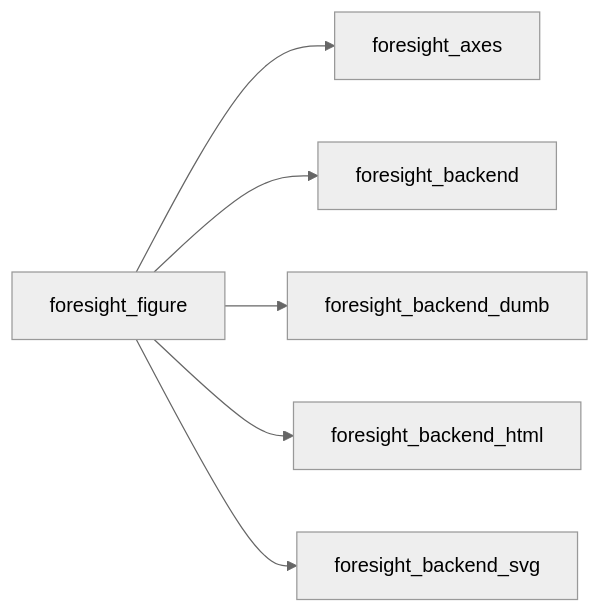
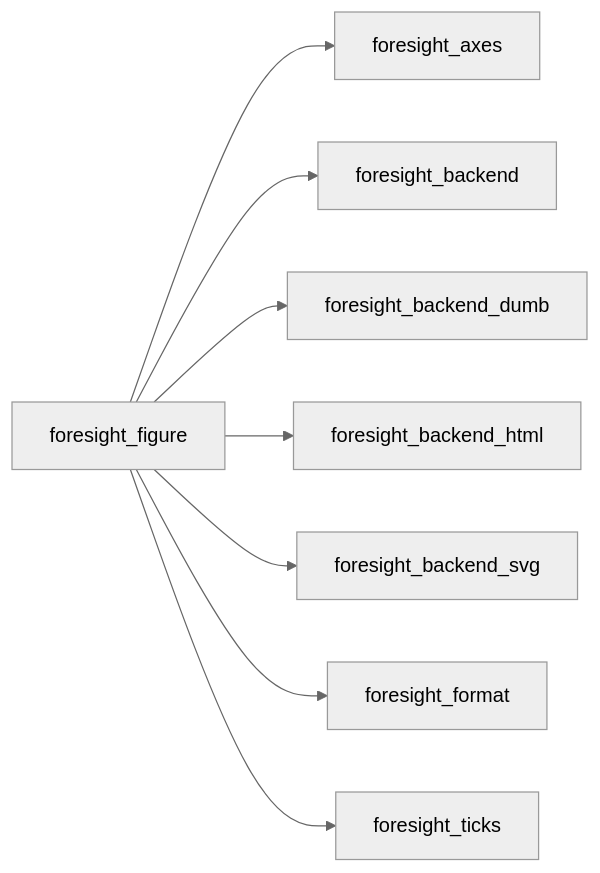
The first of 27 diagrams in docs/api/src/lib/foresight_figure.md (szaghi/foresight), drawn with Mermaid (neutral theme) before and after one commit. The commit also changed other lines of this file and 42 other files, not shown here.

````diff
--- a/docs/api/src/lib/foresight_figure.md
+++ b/docs/api/src/lib/foresight_figure.md
@@ -26,8 +26,10 @@
 ```mermaid
 graph LR
   foresight_figure["foresight_figure"] --> foresight_axes["foresight_axes"]
   foresight_figure["foresight_figure"] --> foresight_backend["foresight_backend"]
   foresight_figure["foresight_figure"] --> foresight_backend_dumb["foresight_backend_dumb"]
   foresight_figure["foresight_figure"] --> foresight_backend_html["foresight_backend_html"]
   foresight_figure["foresight_figure"] --> foresight_backend_svg["foresight_backend_svg"]
+  foresight_figure["foresight_figure"] --> foresight_format["foresight_format"]
+  foresight_figure["foresight_figure"] --> foresight_ticks["foresight_ticks"]
 ```
````
